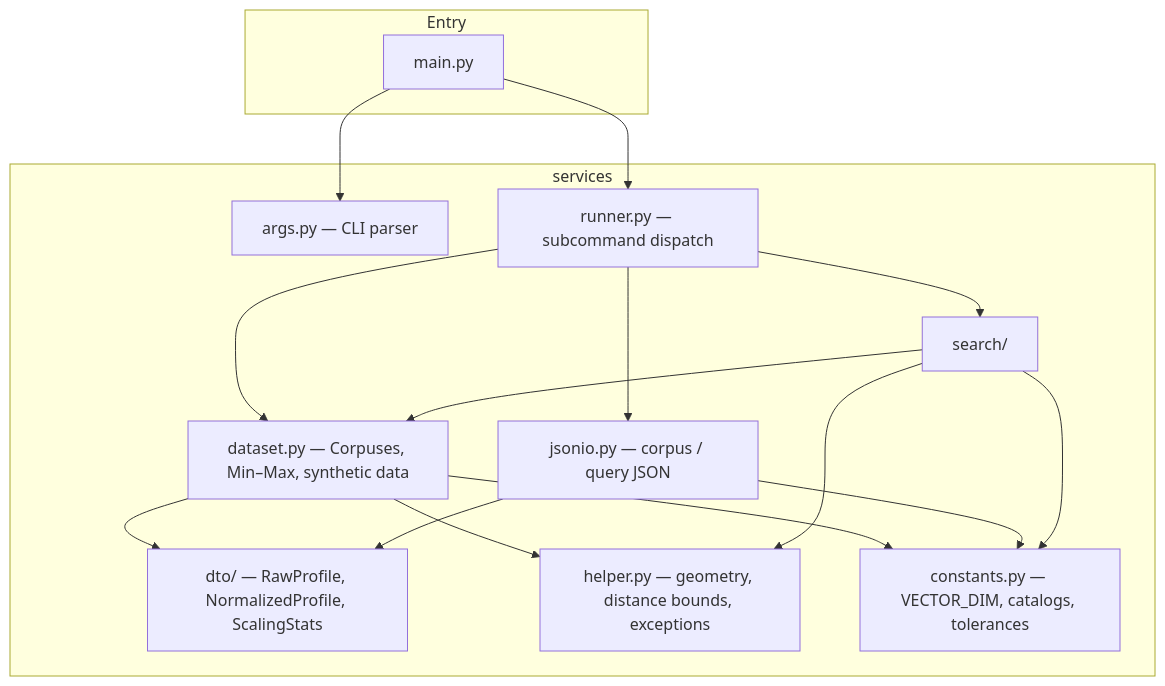
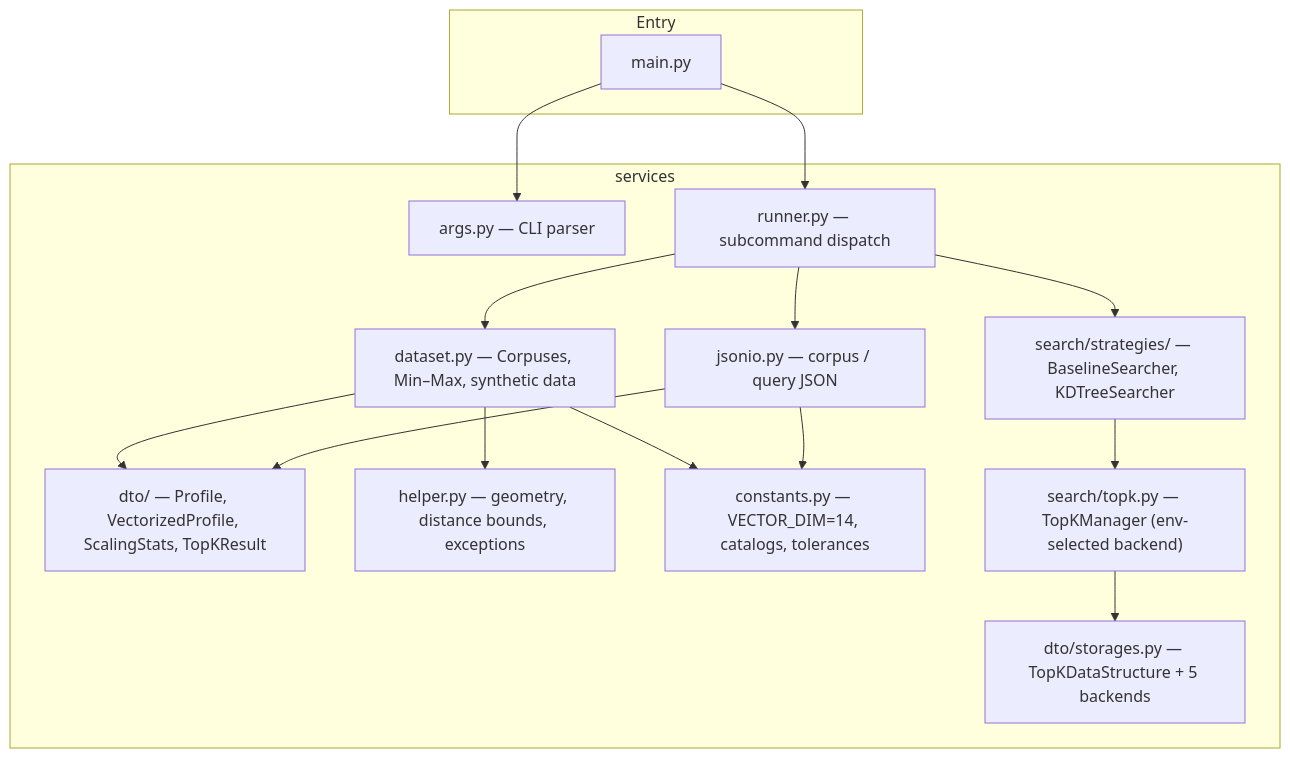
One commit to DatacollectorVN/Algorithm_and_Analysis_Group changed the diagram in README.md. Above: the diagram before and after it, drawn with Mermaid. The commit also changed other lines of this file and 26 other files, not shown here.

````diff
--- a/README.md
+++ b/README.md
@@ -160,29 +260,30 @@
 ```mermaid
 flowchart TB
   subgraph entry [Entry]
     main["main.py"]
   end
   subgraph services [services]
     args["args.py — CLI parser"]
     runner["runner.py — subcommand dispatch"]
     dataset["dataset.py — Corpuses, Min–Max, synthetic data"]
     jsonio["jsonio.py — corpus / query JSON"]
-    dto["dto/ — RawProfile, NormalizedProfile, ScalingStats"]
+    dto["dto/ — Profile, VectorizedProfile, ScalingStats, TopKResult"]
+    storages["dto/storages.py — TopKDataStructure + 5 backends"]
     helper["helper.py — geometry, distance bounds, exceptions"]
-    constants["constants.py — VECTOR_DIM, catalogs, tolerances"]
-    search["search/"]
+    constants["constants.py — VECTOR_DIM=14, catalogs, tolerances"]
+    topk["search/topk.py — TopKManager (env-selected backend)"]
+    search["search/strategies/ — BaselineSearcher, KDTreeSearcher"]
   end
   main --> args
   main --> runner
   runner --> dataset
   runner --> jsonio
   runner --> search
   dataset --> dto
   dataset --> helper
   dataset --> constants
   jsonio --> dto
   jsonio --> constants
-  search --> dataset
-  search --> helper
-  search --> constants
+  search --> topk
+  topk --> storages
 ```
````
